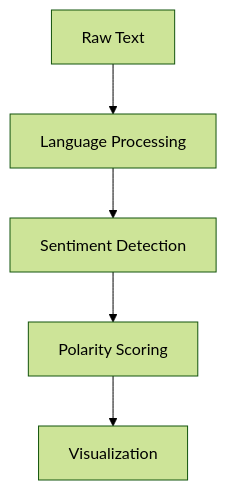
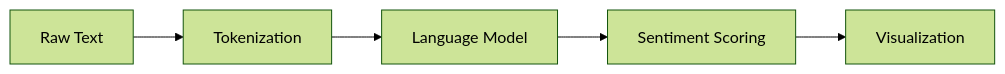
The diagram in Trimester 1/Data Visualization & Storytelling/W04 - Module 2b. Visual Best Practises/L13/4.5. How we use chart types/Sentiment Analysis Pipeline.md (Balasubramanian-pg/MSC.-Data-Science-AI), drawn with Mermaid (forest theme) before and after one commit. The commit also changed other lines of this file, not shown here.

Commit message:
Add split section: Sentiment Analysis Pipeline

````diff
--- a/Trimester 1/Data Visualization & Storytelling/W04 - Module 2b. Visual Best Practises/L13/4.5. How we use chart types/Sentiment Analysis Pipeline.md
+++ b/Trimester 1/Data Visualization & Storytelling/W04 - Module 2b. Visual Best Practises/L13/4.5. How we use chart types/Sentiment Analysis Pipeline.md
@@ -3,8 +3,8 @@
 ```mermaid
-flowchart TD
+flowchart LR
     A[Raw Text]
-    --> B[Language Processing]
-    --> C[Sentiment Detection]
-    --> D[Polarity Scoring]
+    --> B[Tokenization]
+    --> C[Language Model]
+    --> D[Sentiment Scoring]
     --> E[Visualization]
 ```
````
